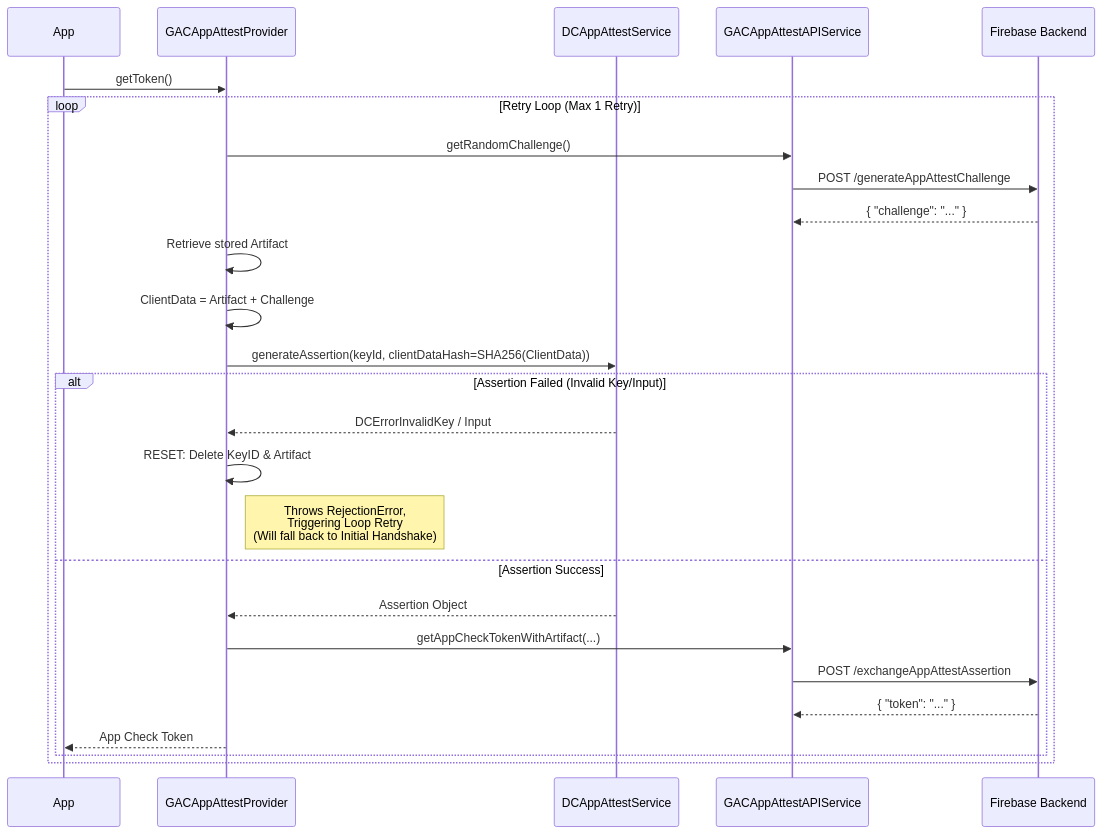
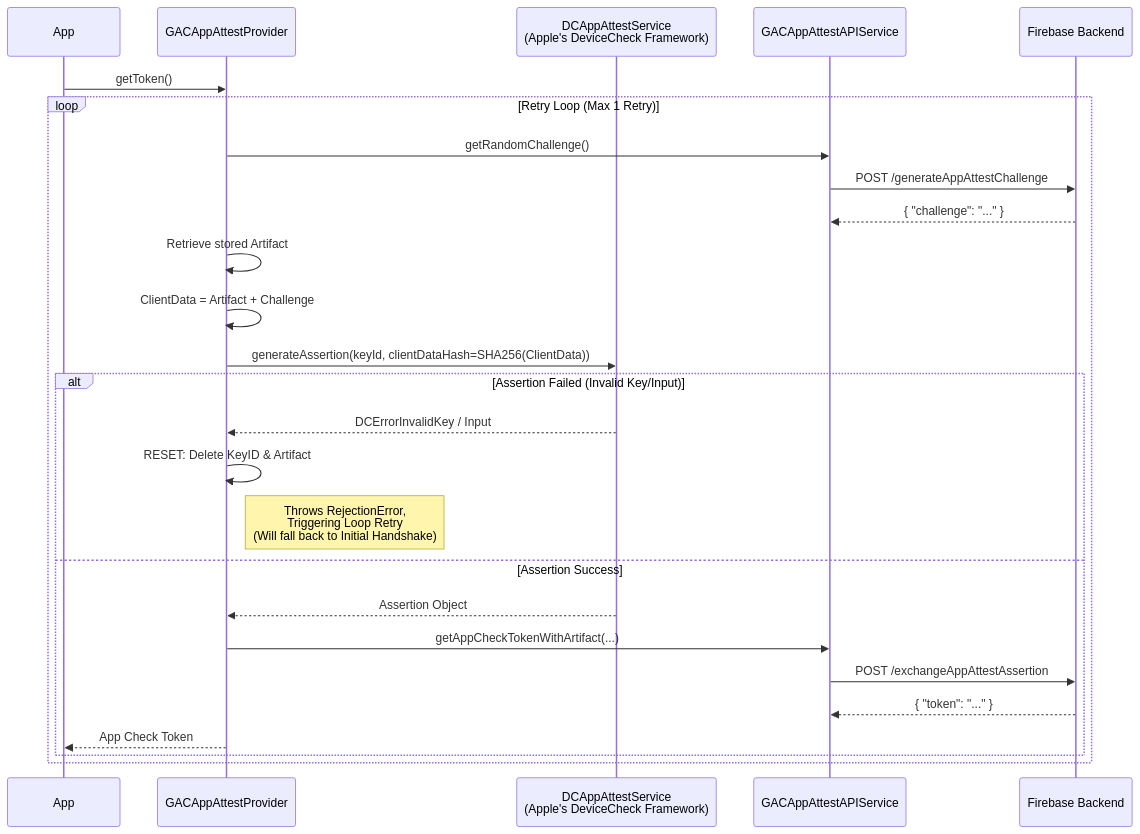
Before and after one commit to google/app-check: the second of 4 diagrams in docs/providers.md, drawn with Mermaid. The commit also changed other lines of this file, not shown here.

````diff
--- a/docs/providers.md
+++ b/docs/providers.md
@@ -79,34 +79,34 @@
 ```mermaid
 sequenceDiagram
     participant App
     participant Provider as GACAppAttestProvider
-    participant Apple as DCAppAttestService
+    participant Apple as DCAppAttestService<br/>(Apple's DeviceCheck Framework)
     participant API as GACAppAttestAPIService
     participant Backend as Firebase Backend
 
     App->>Provider: getToken()
     
     loop Retry Loop (Max 1 Retry)
         Provider->>API: getRandomChallenge()
         API->>Backend: POST /generateAppAttestChallenge
         Backend-->>API: { "challenge": "..." }
 
         Provider->>Provider: Retrieve stored Artifact
         Provider->>Provider: ClientData = Artifact + Challenge
         Provider->>Apple: generateAssertion(keyId, clientDataHash=SHA256(ClientData))
         
         alt Assertion Failed (Invalid Key/Input)
             Apple-->>Provider: DCErrorInvalidKey / Input
             Provider->>Provider: RESET: Delete KeyID & Artifact
             Note right of Provider: Throws RejectionError,<br/>Triggering Loop Retry<br/>(Will fall back to Initial Handshake)
         else Assertion Success
             Apple-->>Provider: Assertion Object
             
             Provider->>API: getAppCheckTokenWithArtifact(...)
             API->>Backend: POST /exchangeAppAttestAssertion
             Backend-->>API: { "token": "..." }
             
             Provider-->>App: App Check Token
         end
     end
 ```
````
